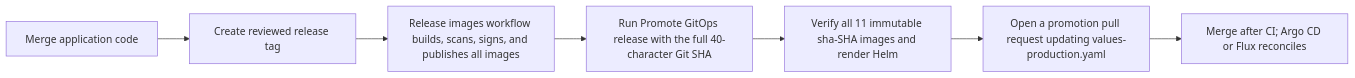
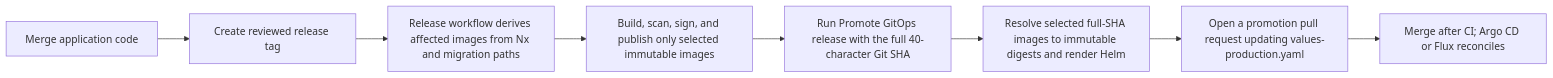
The diagram in GITOPS.md (nmime/dehqonhub), drawn with Mermaid before and after one commit. The commit also changed other lines of this file and 195 other files, not shown here.

````diff
--- a/GITOPS.md
+++ b/GITOPS.md
@@ -32,9 +32,10 @@
 ```mermaid
 flowchart LR
   merge[Merge application code] --> tag[Create reviewed release tag]
-  tag --> images[Release images workflow builds, scans, signs, and publishes all images]
+  tag --> plan[Release workflow derives affected images from Nx and migration paths]
+  plan --> images[Build, scan, sign, and publish only selected immutable images]
   images --> promote[Run Promote GitOps release with the full 40-character Git SHA]
-  promote --> verify[Verify all 11 immutable sha-SHA images and render Helm]
+  promote --> verify[Resolve selected full-SHA images to immutable digests and render Helm]
   verify --> pr[Open a promotion pull request updating values-production.yaml]
   pr --> reconcile[Merge after CI; Argo CD or Flux reconciles]
 ```
````
